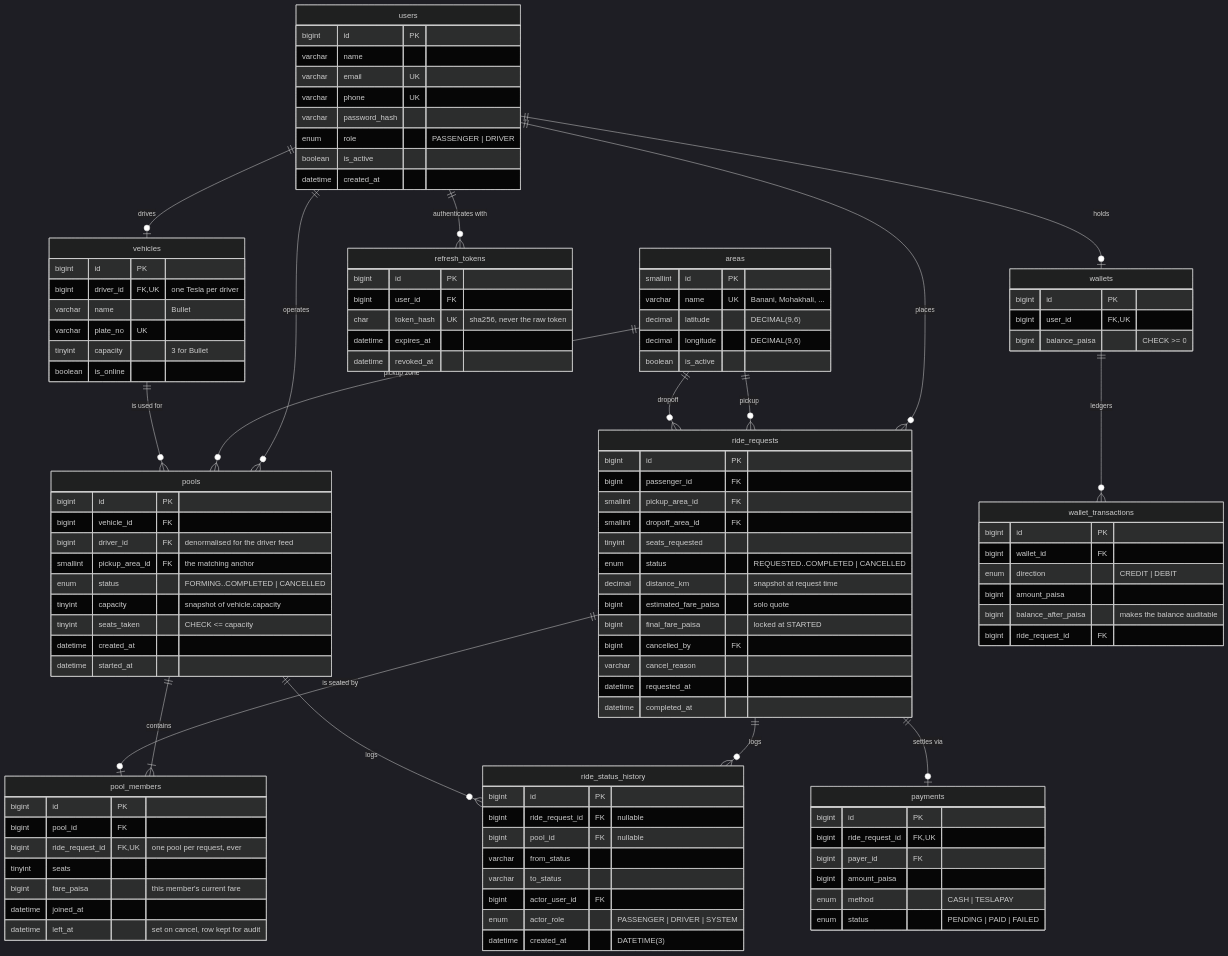
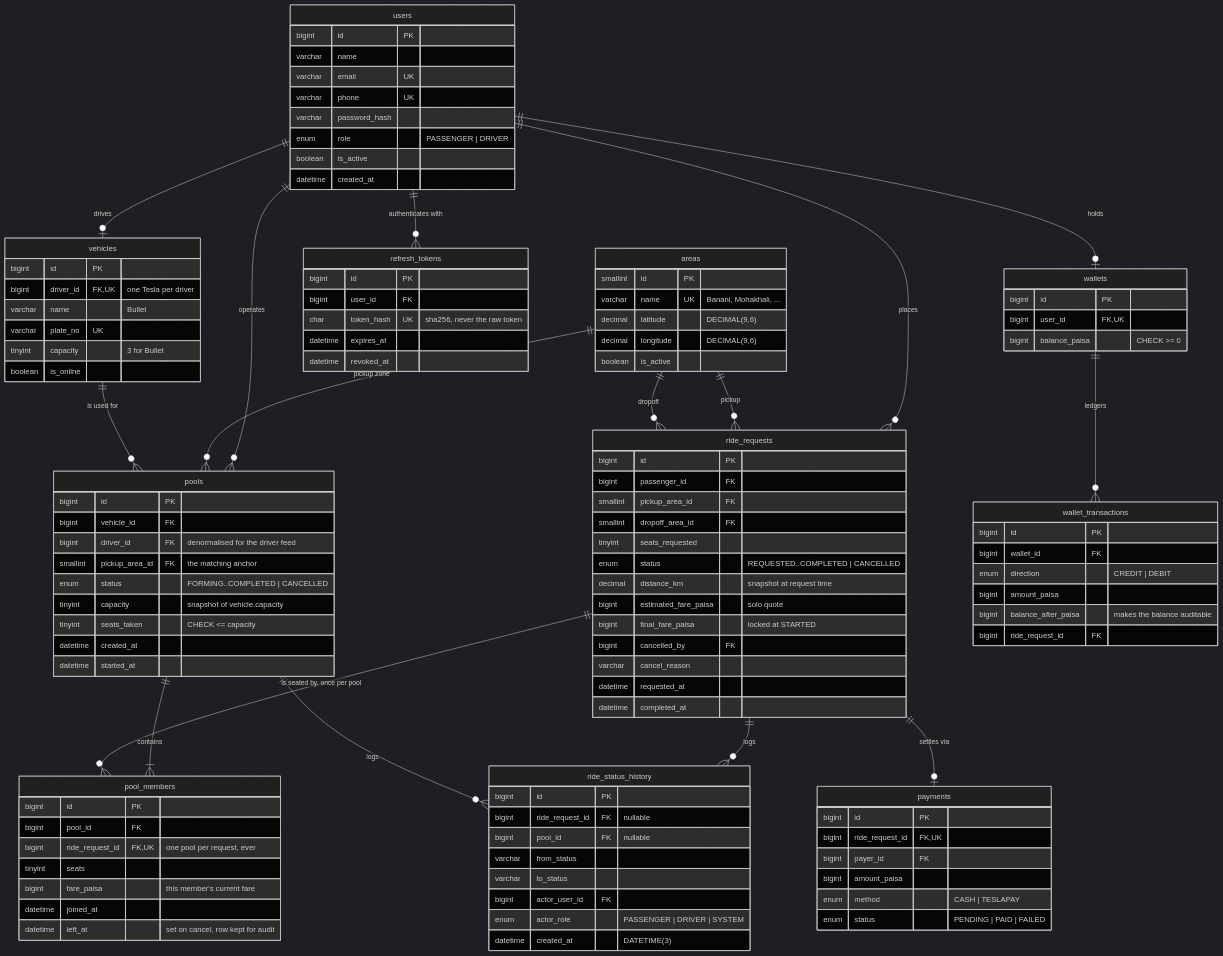
Before and after one commit to Shawcha20/Dhaka_tesla: the sixth of 7 diagrams in README.md, drawn with Mermaid (dark theme).

Commit message:
docs(readme): show that a ride can belong to more than one pool over time
The ERD drew ride_requests to pool_members as zero-or-one. That matched an
early UNIQUE(ride_request_id), which was replaced by UNIQUE(pool_id,
ride_request_id) precisely so a passenger requeued by a driver's cancel can
join another pool. The schema was right; the diagram had not followed it.

```diff
--- a/README.md
+++ b/README.md
@@ -581,7 +581,7 @@
     vehicles ||--o{ pools : "is used for"
 
     pools ||--|{ pool_members : "contains"
-    ride_requests ||--o| pool_members : "is seated by"
+    ride_requests ||--o{ pool_members : "is seated by, once per pool"
 
     ride_requests ||--o{ ride_status_history : "logs"
     pools ||--o{ ride_status_history : "logs"
```
